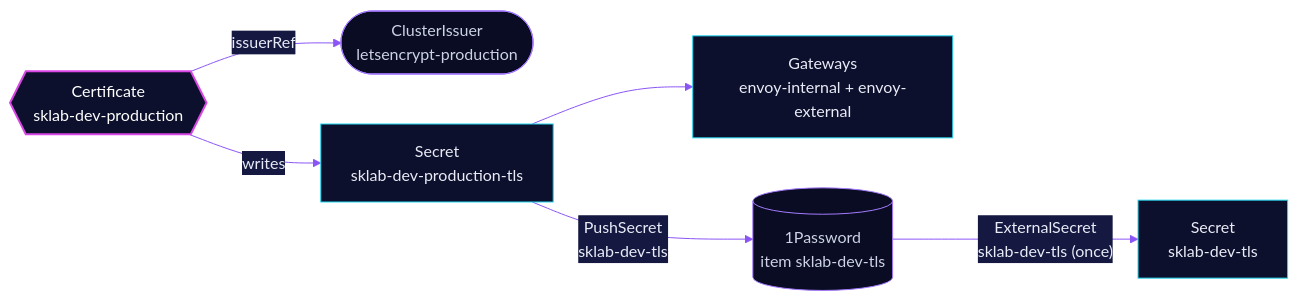
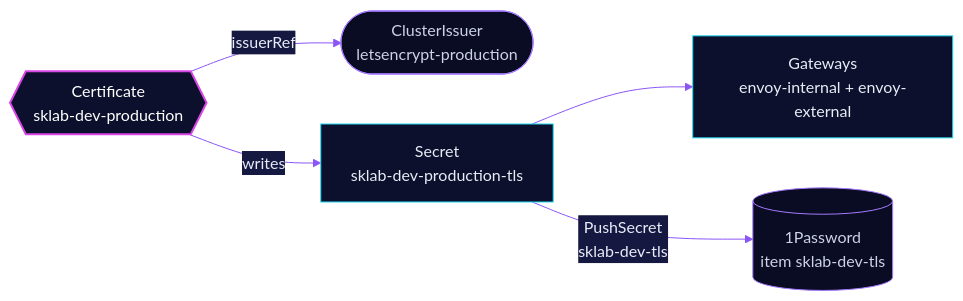
Before and after one commit to skrumbach/home-ops: the diagram in kubernetes/apps/base/network/certificates/README.md, drawn with Mermaid. The commit also changed other lines of this file and 5 other files, not shown here.

````diff
--- a/kubernetes/apps/base/network/certificates/README.md
+++ b/kubernetes/apps/base/network/certificates/README.md
@@ -38,13 +34,12 @@
 ```mermaid
 %%{init: {'theme':'base','themeVariables':{'primaryColor':'#0D102C','primaryTextColor':'#E9ECF7','primaryBorderColor':'#22D8F0','lineColor':'#8B55F5','secondaryColor':'#151941','tertiaryColor':'#090C22','edgeLabelBackground':'#151941'}}}%%
 flowchart LR
   cert{{"Certificate<br/>sklab-dev-production"}} -->|issuerRef| ci(["ClusterIssuer<br/>letsencrypt-production"])
   cert -->|writes| sec["Secret<br/>sklab-dev-production-tls"]
   sec --> gw["Gateways<br/>envoy-internal + envoy-external"]
   sec -->|PushSecret<br/>sklab-dev-tls| op[("1Password<br/>item sklab-dev-tls")]
-  op -->|"ExternalSecret<br/>sklab-dev-tls (once)"| old["Secret<br/>sklab-dev-tls"]
   classDef accent fill:#0D102C,stroke:#D946E6,stroke-width:2px,color:#FFFFFF
   classDef ext fill:#090C22,stroke:#A57BFF,color:#CDD2E6
   class cert accent
   class ci,op ext
 ```
````
